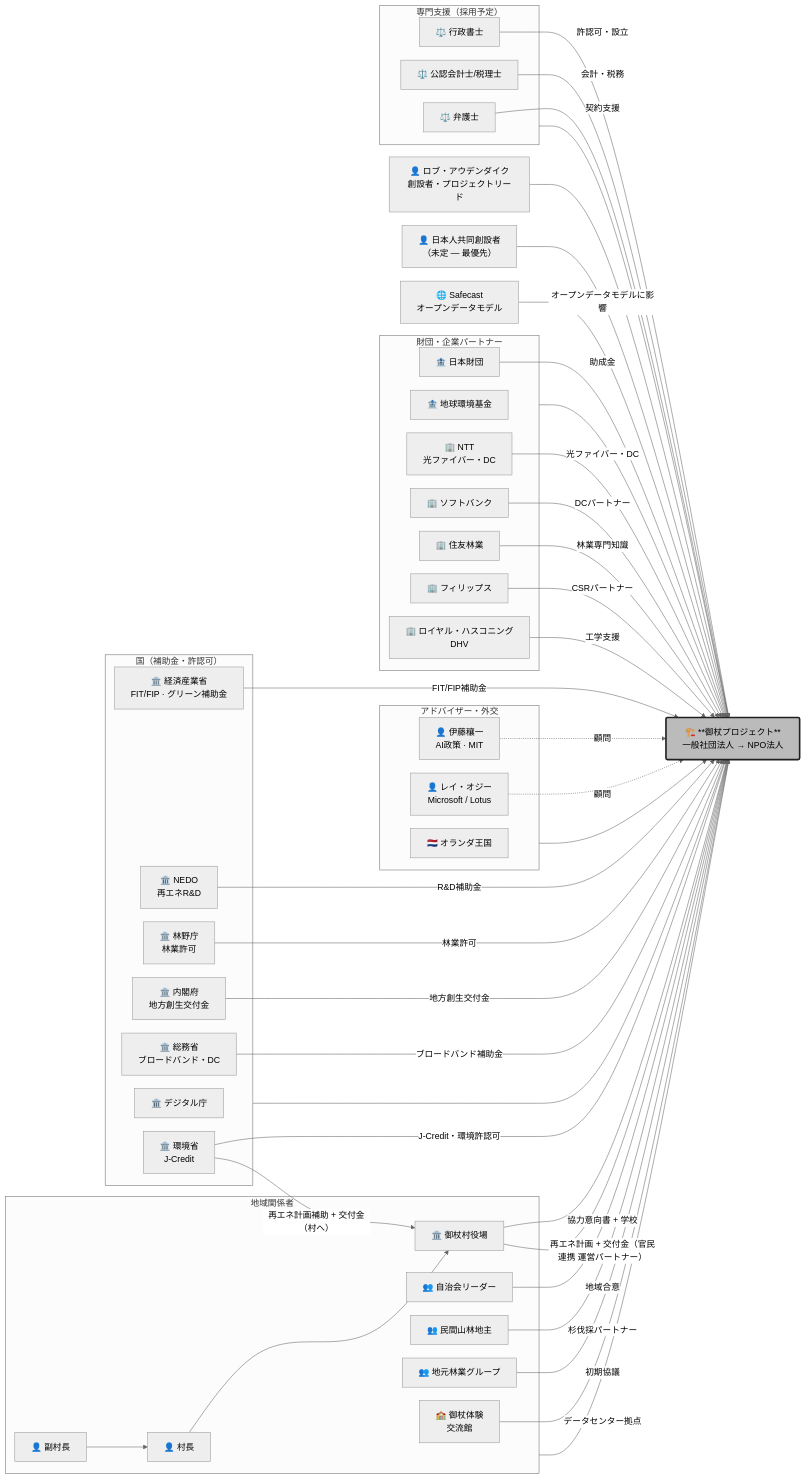
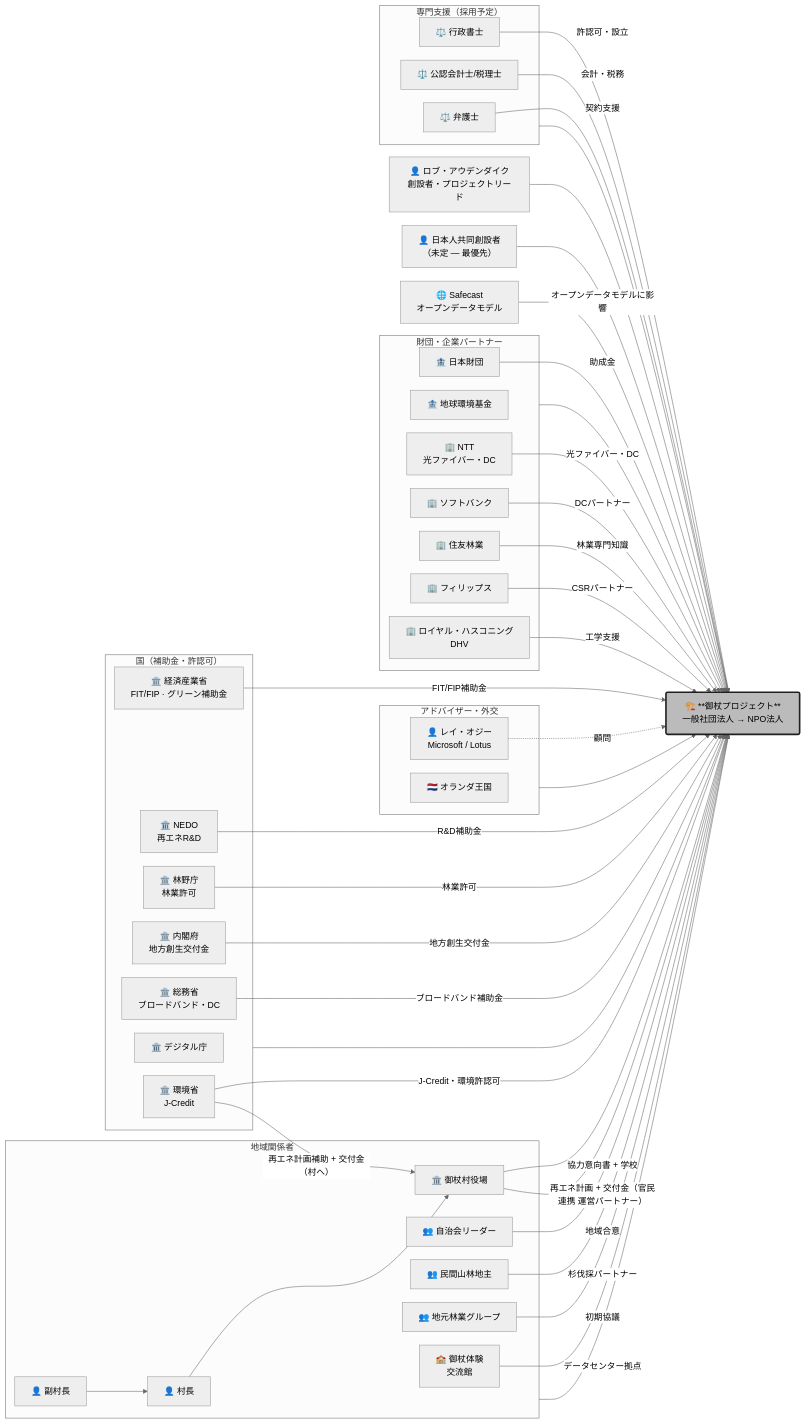
One commit to robouden/mitsue-ai-data-center changed the diagram in mitsue_stakeholders_jp.md. Above: the diagram before and after it, drawn with Mermaid (neutral theme). The commit also changed other lines of this file and 66 other files, not shown here.

```diff
--- a/mitsue_stakeholders_jp.md
+++ b/mitsue_stakeholders_jp.md
@@ -150,7 +149,6 @@
     COFOUND["👤 日本人共同創設者\n（未定 — 最優先）"]
 
     subgraph Advisors["アドバイザー・外交"]
-        JOI["👤 伊藤穰一\nAI政策 · MIT"]
         RAY["👤 レイ・オジー\nMicrosoft / Lotus"]
         NL["🇳🇱 オランダ王国"]
     end
@@ -206,7 +204,7 @@
     Support --> PROJ
 
     %% Detailed connections
-    JOI -.->|"顧問"| PROJ
+
     RAY -.->|"顧問"| PROJ
     VILLAGE -->|"協力意向書 + 学校"| PROJ
     VILLAGE -->|"再エネ計画 + 交付金（官民連携 運営パートナー）"| PROJ
```
